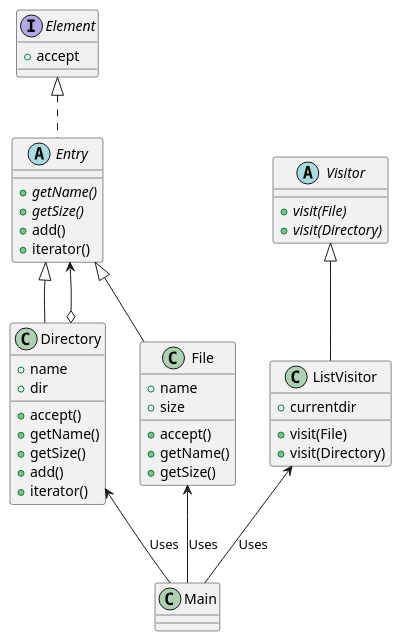
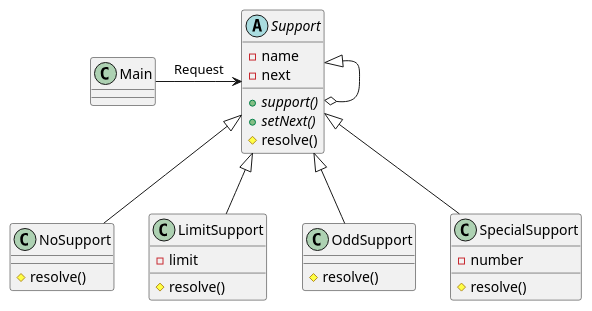
The diagram in ChainOfResponsibility/README.md (ku2ma2/design_pattern), drawn with PlantUML before and after one commit. The commit also changed other lines of this file, not shown here.

Commit message:
Improve README.md Chain of  Responsibility

````diff
--- a/ChainOfResponsibility/README.md
+++ b/ChainOfResponsibility/README.md
@@ -4,57 +4,45 @@
 ```uml
 @startuml
 
-abstract Visitor {
-    {abstract} +visit(File)
-    {abstract} +visit(Directory)
+class Main {
+
 }
 
-class ListVisitor {
-    +currentdir
-    +visit(File)
-    +visit(Directory)
+abstract Support {
+    -name
+    -next
+    {abstract} +support()
+    {abstract} +setNext()
+    #resolve()
 }
 
-interface Element {
-    +accept
+class NoSupport {
+    #resolve()
 }
 
-abstract Entry {
-    {abstract} +getName()
-    {abstract} +getSize()
-    +add()
-    +iterator()
+class LimitSupport {
+    -limit
+    #resolve()
 }
 
-class File {
-    +name
-    +size
-    +accept()
-    +getName()
-    +getSize()
+class OddSupport {
+    #resolve()
 }
 
-class Directory {
-    +name
-    +dir
-    +accept()
-    +getName()
-    +getSize()
-    +add()
-    +iterator()
+class SpecialSupport {
+    -number
+    #resolve()
 }
 
-ListVisitor -up-|> Visitor
-Main -up-> ListVisitor :Uses
 
-Entry .up.|> Element
-File -up-|> Entry
-Directory -up-|> Entry
-Directory o-up-> Entry
+Main -right-> Support :Request
+Support o-up-|> Support
 
-Main -up-> File :Uses
-Main -up-> Directory :Uses
+NoSupport -up-|> Support
+LimitSupport -up-|> Support
+OddSupport -up-|> Support
+SpecialSupport -up-|> Support
 
 
 @enduml
 ```
````
